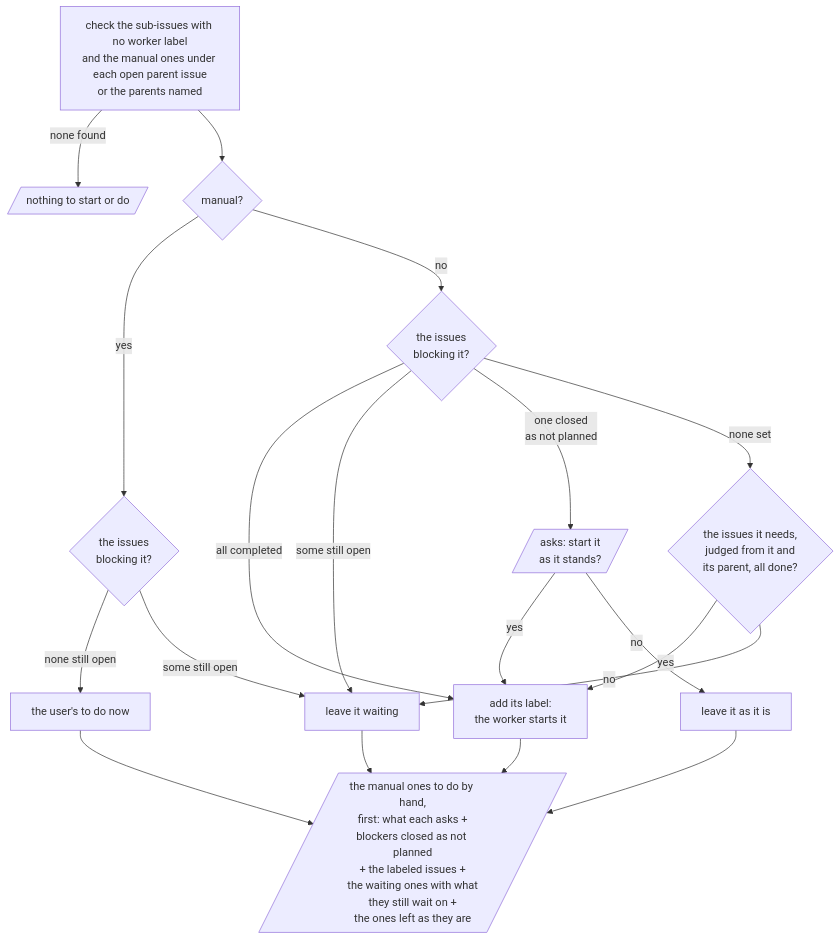
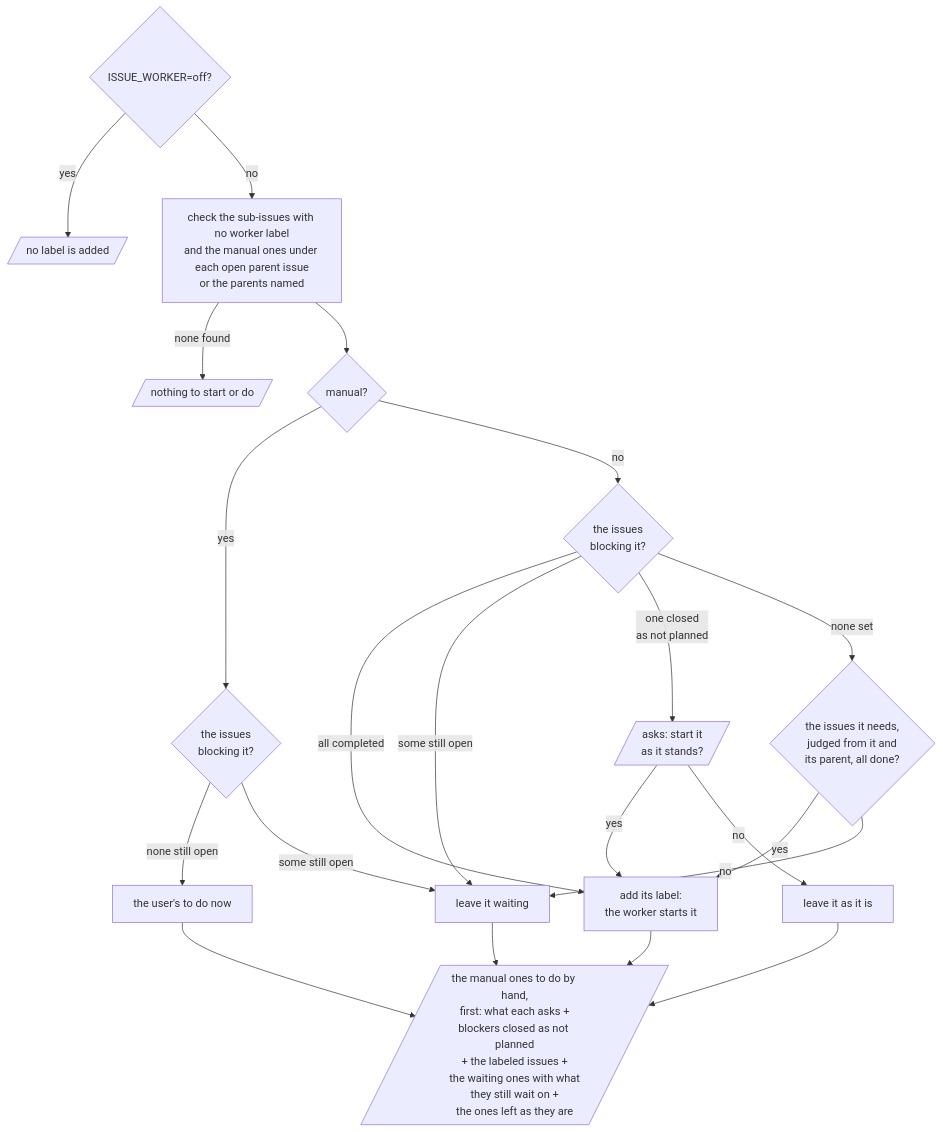
One commit to omni-stove/skill-kit changed the diagram in shared/skills/unblock/README.md. Above: the diagram before and after it, drawn with Mermaid. The commit also changed 35 other files, not shown here.

````diff
--- a/shared/skills/unblock/README.md
+++ b/shared/skills/unblock/README.md
@@ -3,22 +3,24 @@
 ```mermaid
 flowchart TD
+  off{ISSUE_WORKER=off?} -- "yes" --> offr[/no label is added/]
+  off -- "no" --> scan
   scan[check the sub-issues with no worker label<br/>and the manual ones under each open parent issue<br/>or the parents named]
   scan -- "none found" --> none[/nothing to start or do/]
   scan --> kind{manual?}
   kind -- "yes" --> mstate{the issues<br/>blocking it?}
   mstate -- "none still open" --> yours[the user's to do now]
   mstate -- "some still open" --> waiting
   kind -- "no" --> state{the issues<br/>blocking it?}
   state -- "all completed" --> label[add its label:<br/>the worker starts it]
   state -- "some still open" --> waiting[leave it waiting]
   state -- "one closed<br/>as not planned" --> ask[/asks: start it<br/>as it stands?/]
   state -- "none set" --> judge{the issues it needs,<br/>judged from it and<br/>its parent, all done?}
   judge -- "yes" --> label
   judge -- "no" --> waiting
   ask -- "yes" --> label
   ask -- "no" --> keep[leave it as it is]
   yours --> report[/"the manual ones to do by hand,<br/>first: what each asks +<br/>blockers closed as not planned<br/>+ the labeled issues +<br/>the waiting ones with what<br/>they still wait on +<br/>the ones left as they are"/]
   label --> report
   waiting --> report
   keep --> report
 ```
````
